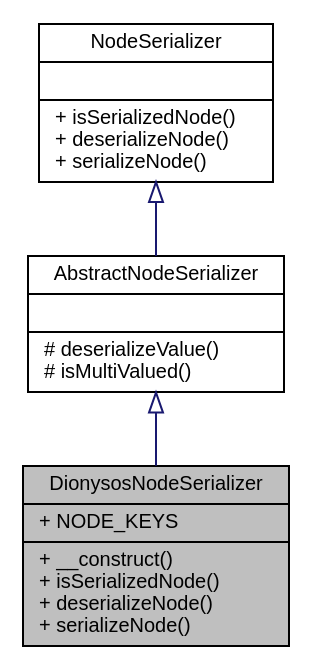
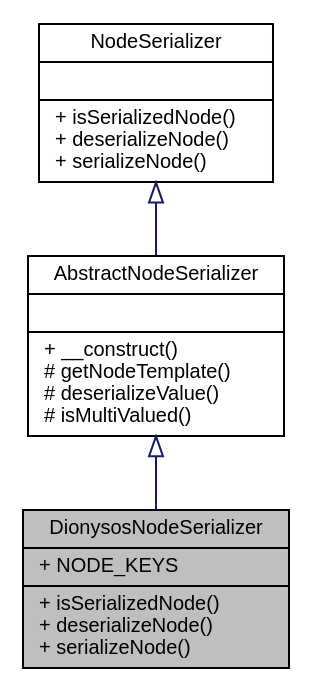
One commit to eherwig/wcmf changed the diagram in classwcmf_1_1lib_1_1model_1_1impl_1_1_dionysos_node_serializer__inherit__graph.dot. Above: the diagram before and after it, drawn with Graphviz. The commit also changed 1132 other files, not shown here.

```diff
--- a/classwcmf_1_1lib_1_1model_1_1impl_1_1_dionysos_node_serializer__inherit__graph.dot
+++ b/classwcmf_1_1lib_1_1model_1_1impl_1_1_dionysos_node_serializer__inherit__graph.dot
@@ -1,10 +1,10 @@
 digraph "DionysosNodeSerializer"
 {
   edge [fontname="Helvetica",fontsize="10",labelfontname="Helvetica",labelfontsize="10"];
   node [fontname="Helvetica",fontsize="10",shape=record];
-  Node0 [label="{DionysosNodeSerializer\n|+ NODE_KEYS\l|+ __construct()\l+ isSerializedNode()\l+ deserializeNode()\l+ serializeNode()\l}",height=0.2,width=0.4,color="black", fillcolor="grey75", style="filled", fontcolor="black"];
+  Node0 [label="{DionysosNodeSerializer\n|+ NODE_KEYS\l|+ isSerializedNode()\l+ deserializeNode()\l+ serializeNode()\l}",height=0.2,width=0.4,color="black", fillcolor="grey75", style="filled", fontcolor="black"];
   Node1 -> Node0 [dir="back",color="midnightblue",fontsize="10",style="solid",arrowtail="onormal",fontname="Helvetica"];
-  Node1 [label="{AbstractNodeSerializer\n||# deserializeValue()\l# isMultiValued()\l}",height=0.2,width=0.4,color="black", fillcolor="white", style="filled",URL="$classwcmf_1_1lib_1_1model_1_1impl_1_1_abstract_node_serializer.html",tooltip="NodeSerializerBase is a base class for NodeSerialize implementations. "];
+  Node1 [label="{AbstractNodeSerializer\n||+ __construct()\l# getNodeTemplate()\l# deserializeValue()\l# isMultiValued()\l}",height=0.2,width=0.4,color="black", fillcolor="white", style="filled",URL="$classwcmf_1_1lib_1_1model_1_1impl_1_1_abstract_node_serializer.html",tooltip="NodeSerializerBase is a base class for NodeSerialize implementations. "];
   Node2 -> Node1 [dir="back",color="midnightblue",fontsize="10",style="solid",arrowtail="onormal",fontname="Helvetica"];
   Node2 [label="{NodeSerializer\n||+ isSerializedNode()\l+ deserializeNode()\l+ serializeNode()\l}",height=0.2,width=0.4,color="black", fillcolor="white", style="filled",URL="$interfacewcmf_1_1lib_1_1model_1_1_node_serializer.html",tooltip="NodeSerializer implementations are used to serialize Nodes into an array representation or deserializ..."];
 }
```
